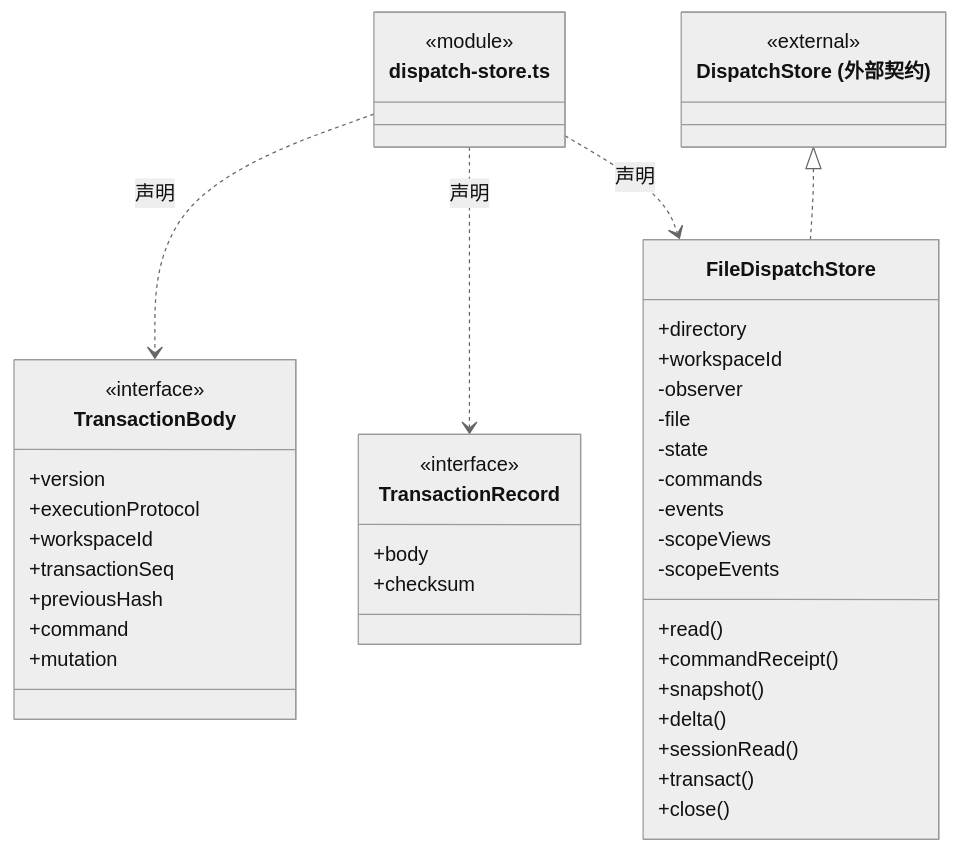
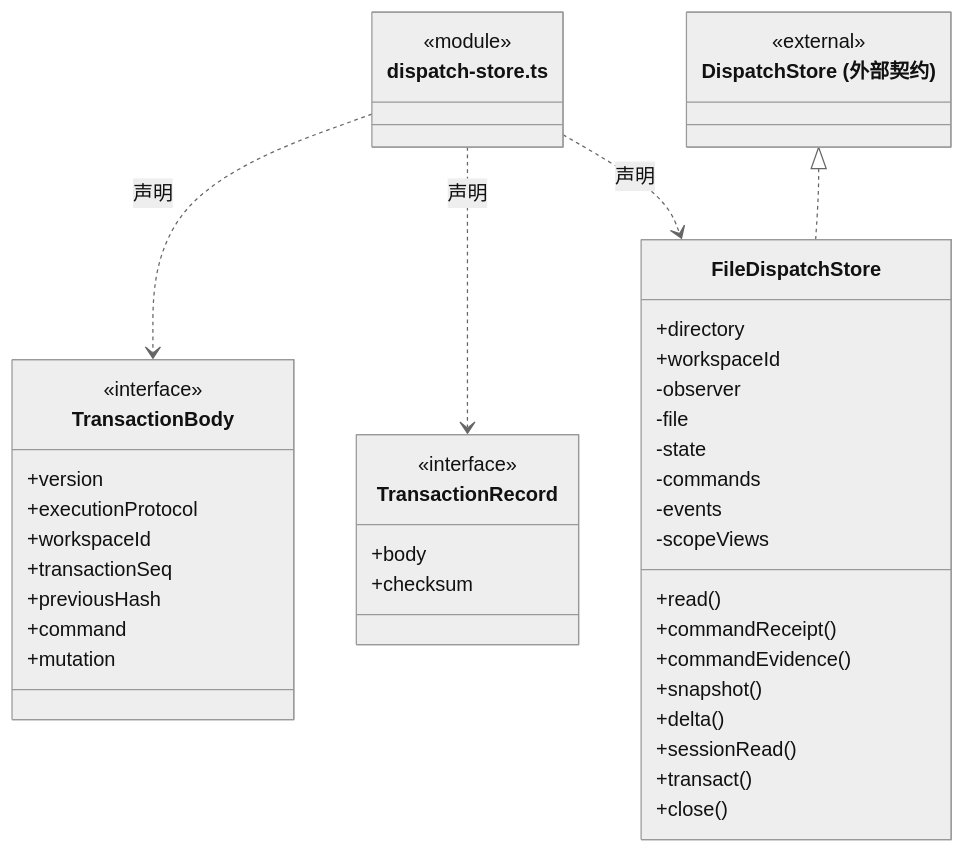
The seventh of 13 diagrams in src/backend/main/persistence/tasks/ARCHITECTURE.md (nan023062/cbim), drawn with Mermaid (neutral theme) before and after one commit. The commit also changed other lines of this file and 68 other files, not shown here.

````diff
--- a/src/backend/main/persistence/tasks/ARCHITECTURE.md
+++ b/src/backend/main/persistence/tasks/ARCHITECTURE.md
@@ -161,46 +161,46 @@
 ```mermaid
 classDiagram
 class N_src_backend_main_persistence_tasks_dispatch_store_ts["dispatch-store.ts"] {
   <<module>>
 }
 class N_src_backend_main_persistence_tasks_dispatch_store_ts_TransactionBody["TransactionBody"] {
   <<interface>>
   +version
   +executionProtocol
   +workspaceId
   +transactionSeq
   +previousHash
   +command
   +mutation
 }
 N_src_backend_main_persistence_tasks_dispatch_store_ts ..> N_src_backend_main_persistence_tasks_dispatch_store_ts_TransactionBody : 声明
 class N_src_backend_main_persistence_tasks_dispatch_store_ts_TransactionRecord["TransactionRecord"] {
   <<interface>>
   +body
   +checksum
 }
 N_src_backend_main_persistence_tasks_dispatch_store_ts ..> N_src_backend_main_persistence_tasks_dispatch_store_ts_TransactionRecord : 声明
 class N_src_backend_main_persistence_tasks_dispatch_store_ts_FileDispatchStore["FileDispatchStore"] {
   +directory
   +workspaceId
   +read()
   +commandReceipt()
+  +commandEvidence()
   +snapshot()
   +delta()
   +sessionRead()
   +transact()
   +close()
   -observer
   -file
   -state
   -commands
   -events
   -scopeViews
-  -scopeEvents
 }
 N_src_backend_main_persistence_tasks_dispatch_store_ts ..> N_src_backend_main_persistence_tasks_dispatch_store_ts_FileDispatchStore : 声明
 class N_src_backend_main_persistence_tasks_dispatch_store_ts_external_DispatchStore["DispatchStore (外部契约)"] {
   <<external>>
 }
 N_src_backend_main_persistence_tasks_dispatch_store_ts_external_DispatchStore <|.. N_src_backend_main_persistence_tasks_dispatch_store_ts_FileDispatchStore
 ```
````
